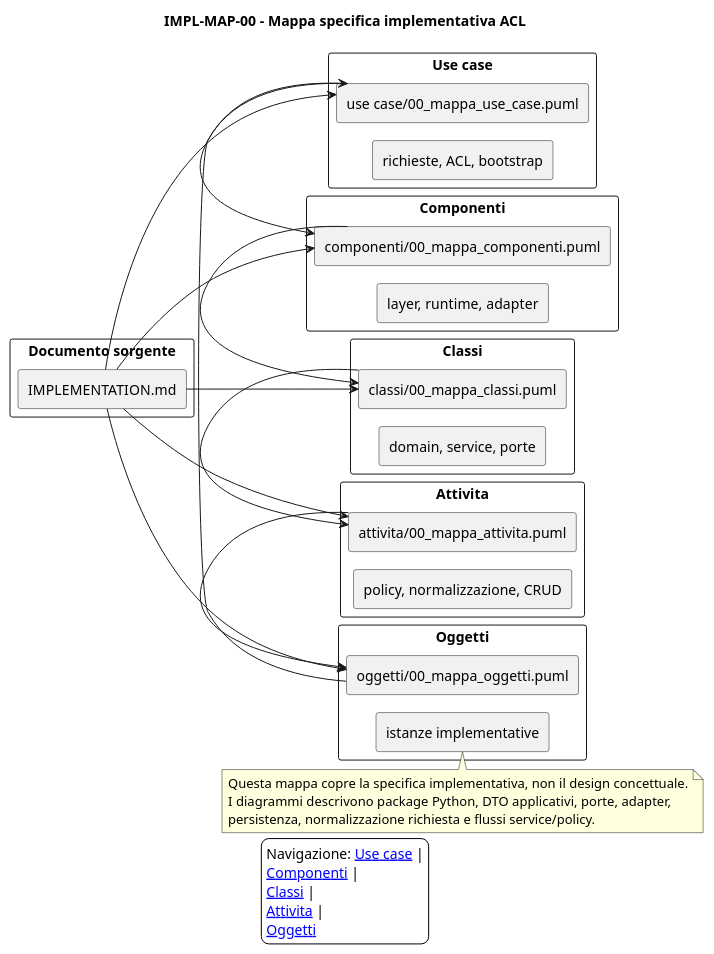
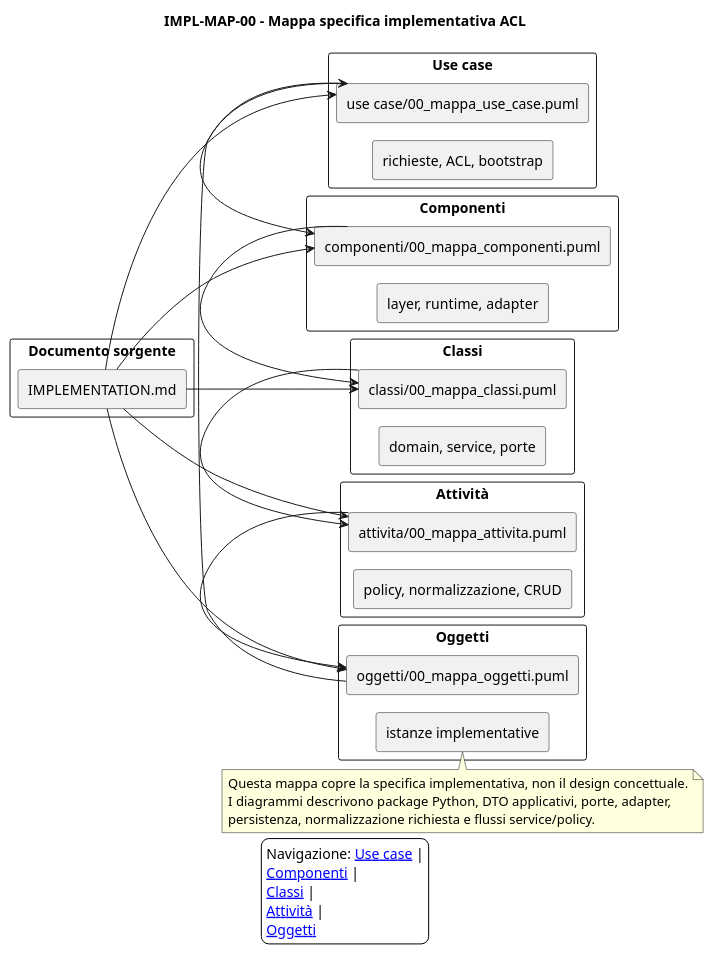
Before and after one commit to antlampas/ACL: the diagram in implementation/00_mappa_implementazione.puml, drawn with PlantUML. The commit also changed 38 other files, not shown here.

Commit message:
docs: corretti testi e diagrammi UML

```diff
--- a/implementation/00_mappa_implementazione.puml
+++ b/implementation/00_mappa_implementazione.puml
@@ -1,70 +1,70 @@
 @startuml 00_mappa_implementazione
 ' Title: Sistema ACL - 00_mappa_implementazione
 ' Author/Licensor: Francesco
 ' Source: this repository
 ' License: Creative Commons Attribution-ShareAlike 4.0 International
 ' License URL: https://creativecommons.org/licenses/by-sa/4.0/
 ' SPDX-License-Identifier: CC-BY-SA-4.0
 !pragma layout smetana
 skinparam backgroundColor white
 skinparam nodesep 80
 skinparam ranksep 80
 title IMPL-MAP-00 - Mappa specifica implementativa ACL
 skinparam shadowing false
 left to right direction
 
 rectangle "Documento sorgente" as Source {
   rectangle "IMPLEMENTATION.md" as ImplDoc
 }
 
 rectangle "Use case" as UseCase {
   rectangle "use case/00_mappa_use_case.puml" as UC00
   rectangle "richieste, ACL, bootstrap" as UCMore
 }
 
 rectangle "Componenti" as Componenti {
   rectangle "componenti/00_mappa_componenti.puml" as CMP00
   rectangle "layer, runtime, adapter" as CMPMore
 }
 
 rectangle "Classi" as Classi {
   rectangle "classi/00_mappa_classi.puml" as CLS00
   rectangle "domain, service, porte" as CLSMore
 }
 
-rectangle "Attivita" as Attivita {
+rectangle "Attività" as Attivita {
   rectangle "attivita/00_mappa_attivita.puml" as ACT00
   rectangle "policy, normalizzazione, CRUD" as ACTMore
 }
 
 rectangle "Oggetti" as Oggetti {
   rectangle "oggetti/00_mappa_oggetti.puml" as OBJ00
   rectangle "istanze implementative" as OBJMore
 }
 
 ImplDoc --> UC00
 ImplDoc --> CMP00
 ImplDoc --> CLS00
 ImplDoc --> ACT00
 ImplDoc --> OBJ00
 
 UC00 --> CMP00
 CMP00 --> CLS00
 CLS00 --> ACT00
 ACT00 --> OBJ00
 OBJ00 --> UC00
 
 note bottom
   Questa mappa copre la specifica implementativa, non il design concettuale.
   I diagrammi descrivono package Python, DTO applicativi, porte, adapter,
   persistenza, normalizzazione richiesta e flussi service/policy.
 end note
 
 legend
   Navigazione: [[use%20case/00_mappa_use_case.puml Use case]] |
   [[componenti/00_mappa_componenti.puml Componenti]] |
   [[classi/00_mappa_classi.puml Classi]] |
-  [[attivita/00_mappa_attivita.puml Attivita]] |
+  [[attivita/00_mappa_attivita.puml Attività]] |
   [[oggetti/00_mappa_oggetti.puml Oggetti]]
 endlegend
 @enduml
```
